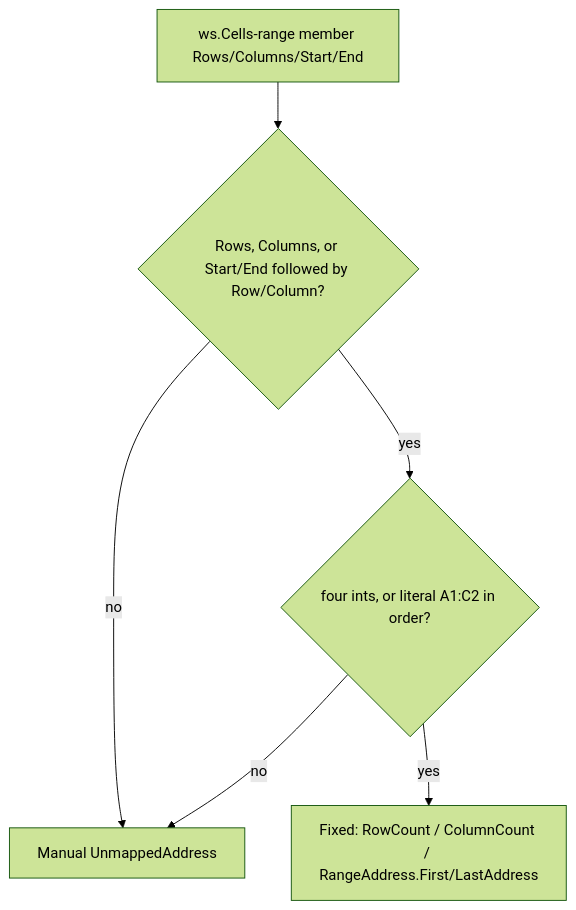
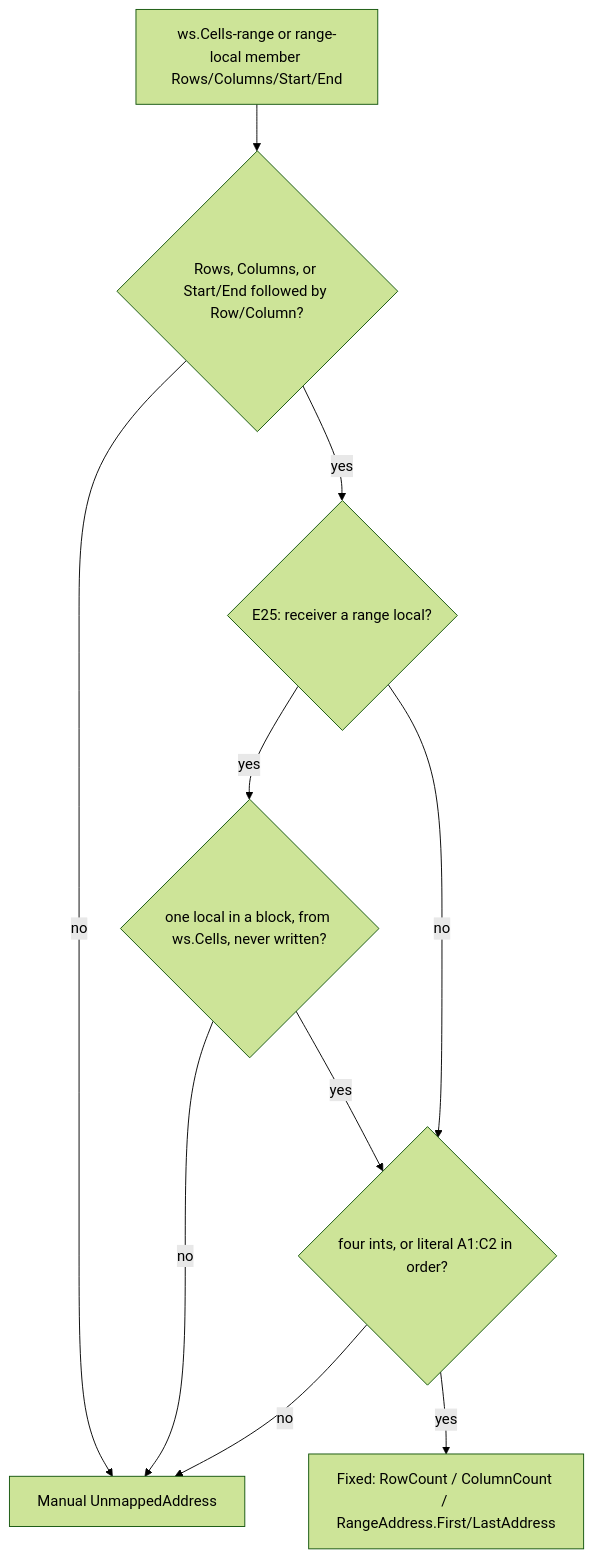
The third of 3 diagrams in docs/projectinfo/patterns/epplus-address-modellen.md (ATkingma/unshackle), drawn with Mermaid (forest theme) before and after one commit. The commit also changed 26 other files, not shown here.

Commit message:
EPPlus ExcelRange locals and range parameter flow (TAAK-337, council E25, E26)

````diff
--- a/docs/projectinfo/patterns/epplus-address-modellen.md
+++ b/docs/projectinfo/patterns/epplus-address-modellen.md
@@ -33,8 +33,12 @@
 ```mermaid
 flowchart TD
-    A[ws.Cells-range member Rows/Columns/Start/End] --> B{Rows, Columns, or Start/End followed by Row/Column?}
+    A[ws.Cells-range or range-local member Rows/Columns/Start/End] --> B{Rows, Columns, or Start/End followed by Row/Column?}
     B -- no --> M[Manual UnmappedAddress]
-    B -- yes --> C{four ints, or literal A1:C2 in order?}
+    B -- yes --> L{E25: receiver a range local?}
+    L -- yes --> LS{one local in a block, from ws.Cells, never written?}
+    LS -- no --> M
+    LS -- yes --> C
+    L -- no --> C{four ints, or literal A1:C2 in order?}
     C -- no --> M
     C -- yes --> OK[Fixed: RowCount / ColumnCount / RangeAddress.First/LastAddress]
 ```
````
